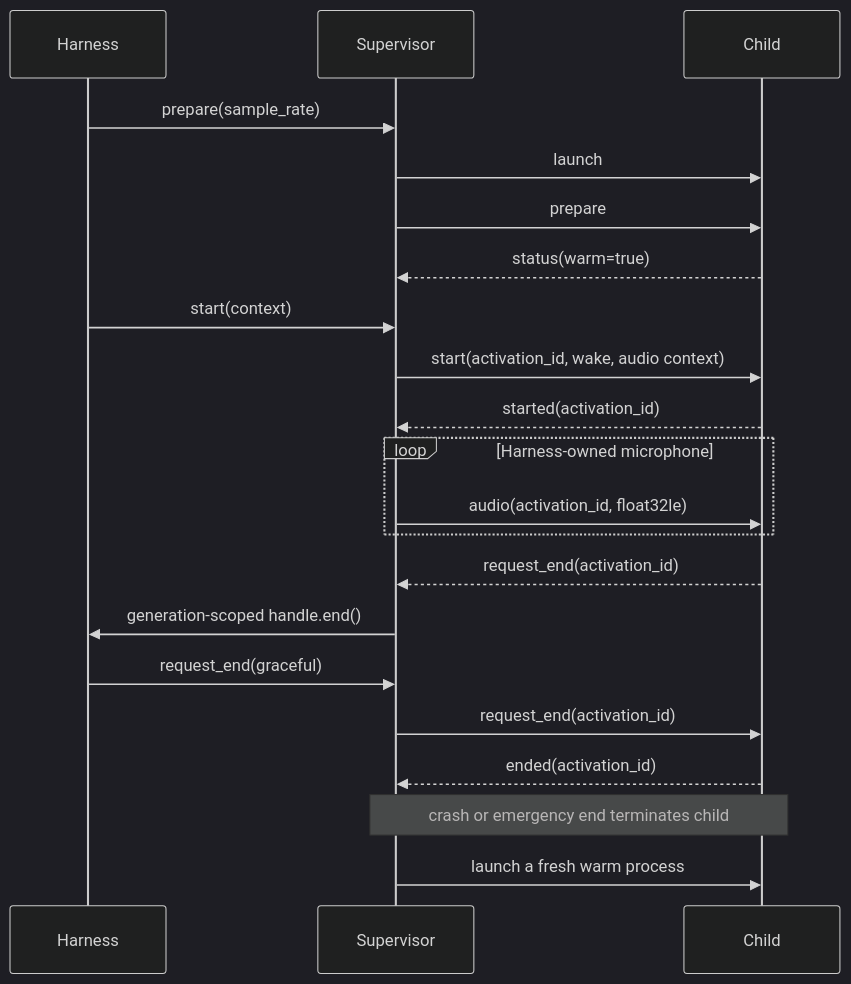
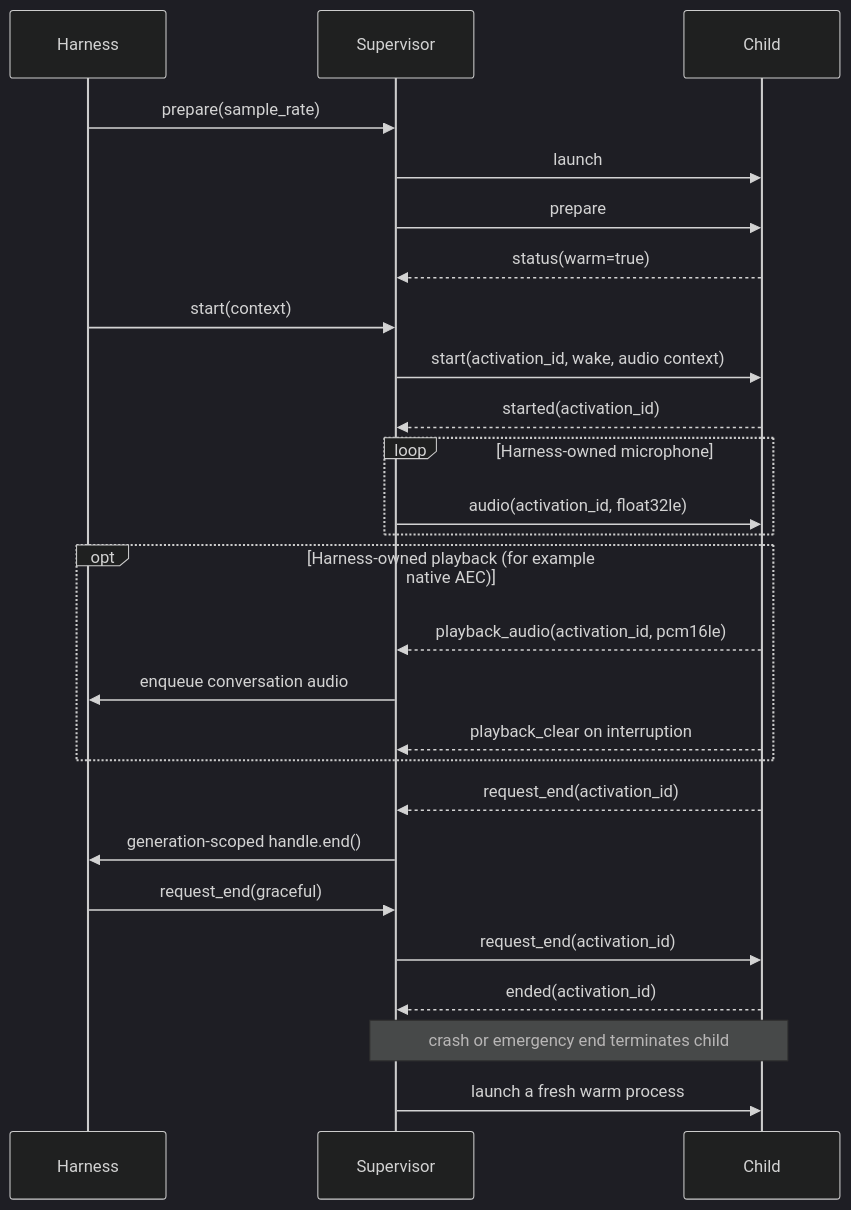
The diagram in docs/delegate-process-protocol.md (kamikaz1k/wake-on), drawn with Mermaid (dark theme) before and after one commit. The commit also changed other lines of this file and 31 other files, not shown here.

````diff
--- a/docs/delegate-process-protocol.md
+++ b/docs/delegate-process-protocol.md
@@ -22,24 +22,29 @@
 ```mermaid
 sequenceDiagram
     participant Harness
     participant Supervisor
     participant Child
 
     Harness->>Supervisor: prepare(sample_rate)
     Supervisor->>Child: launch
     Supervisor->>Child: prepare
     Child-->>Supervisor: status(warm=true)
     Harness->>Supervisor: start(context)
     Supervisor->>Child: start(activation_id, wake, audio context)
     Child-->>Supervisor: started(activation_id)
     loop Harness-owned microphone
         Supervisor->>Child: audio(activation_id, float32le)
     end
+    opt Harness-owned playback (for example native AEC)
+        Child-->>Supervisor: playback_audio(activation_id, pcm16le)
+        Supervisor->>Harness: enqueue conversation audio
+        Child-->>Supervisor: playback_clear on interruption
+    end
     Child-->>Supervisor: request_end(activation_id)
     Supervisor->>Harness: generation-scoped handle.end()
     Harness->>Supervisor: request_end(graceful)
     Supervisor->>Child: request_end(activation_id)
     Child-->>Supervisor: ended(activation_id)
     Note over Supervisor,Child: crash or emergency end terminates child
     Supervisor->>Child: launch a fresh warm process
 ```
````
